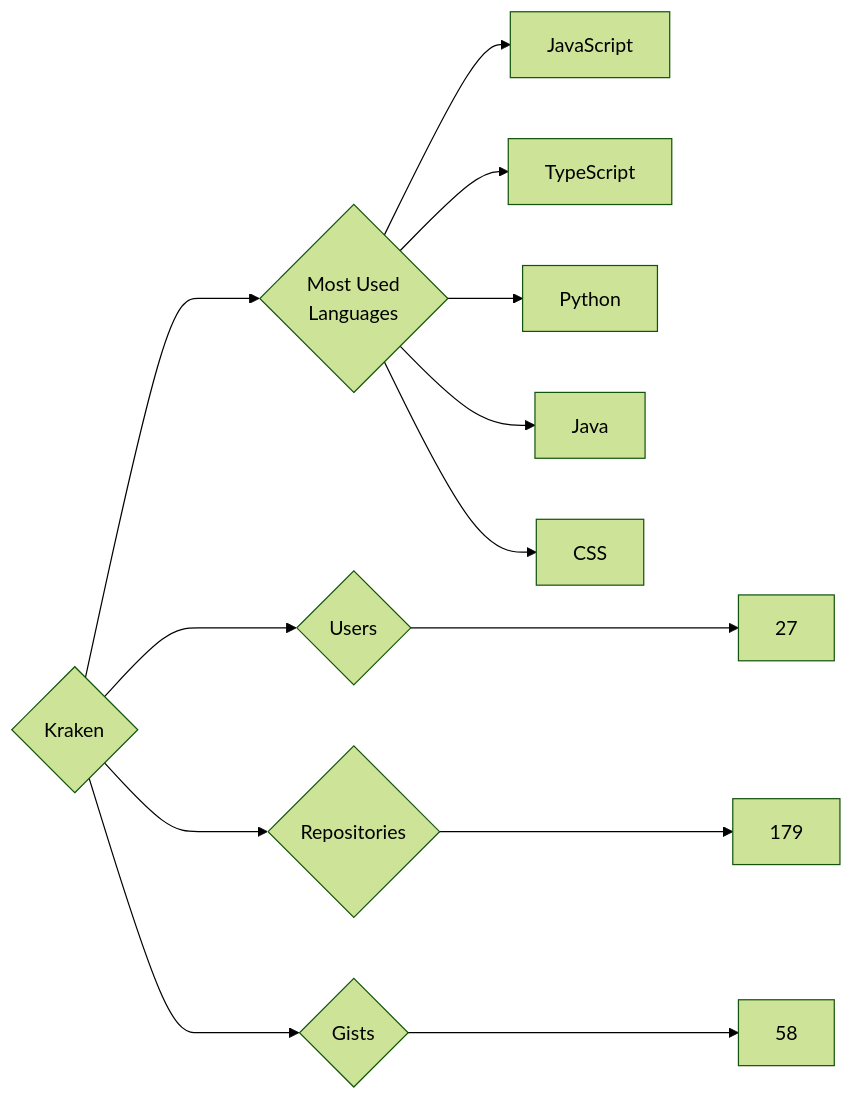
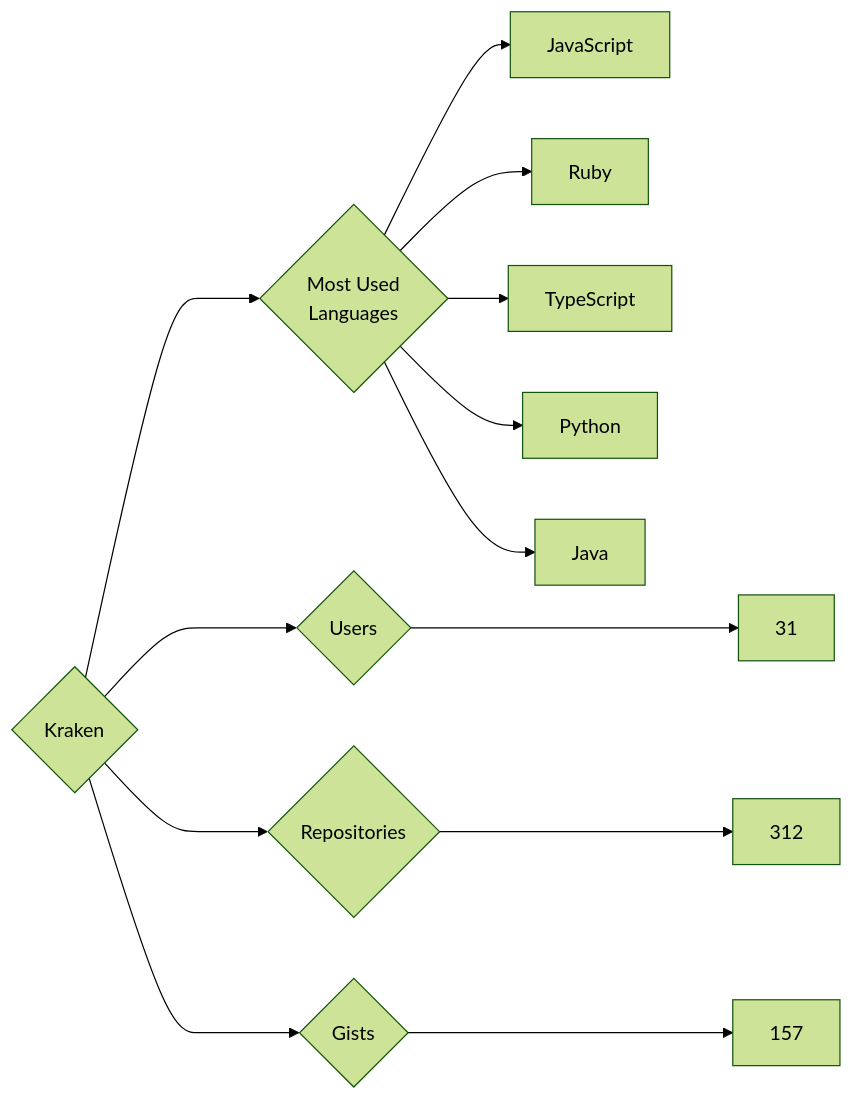
One commit to trickest/insiders changed the diagram in targets/Kraken/README.md. Above: the diagram before and after it, drawn with Mermaid (forest theme). The commit also changed 823 other files, not shown here.

````diff
--- a/targets/Kraken/README.md
+++ b/targets/Kraken/README.md
@@ -3,13 +3,13 @@
 ```mermaid
 graph LR
 COMPANY_NAME{Kraken}
-COMPANY_NAME ---> U{Users} ---> UN[27]
-COMPANY_NAME ---> R{Repositories} ---> RN[179]
-COMPANY_NAME ---> G{Gists} ---> GN[58]
+COMPANY_NAME ---> U{Users} ---> UN[31]
+COMPANY_NAME ---> R{Repositories} ---> RN[312]
+COMPANY_NAME ---> G{Gists} ---> GN[157]
 COMPANY_NAME ---> ML{Most Used<br>Languages}
 ML --> JavaScript[JavaScript]
+ML --> Ruby[Ruby]
 ML --> TypeScript[TypeScript]
 ML --> Python[Python]
 ML --> Java[Java]
-ML --> CSS[CSS]
 ```
````
